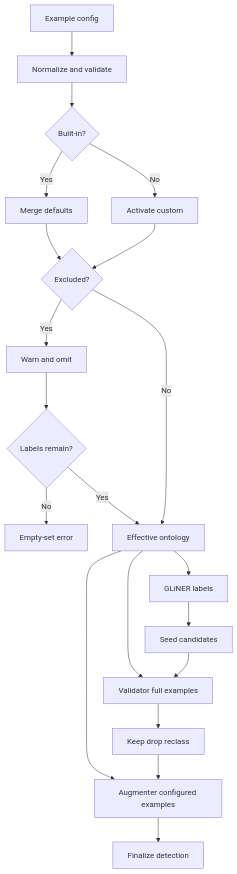
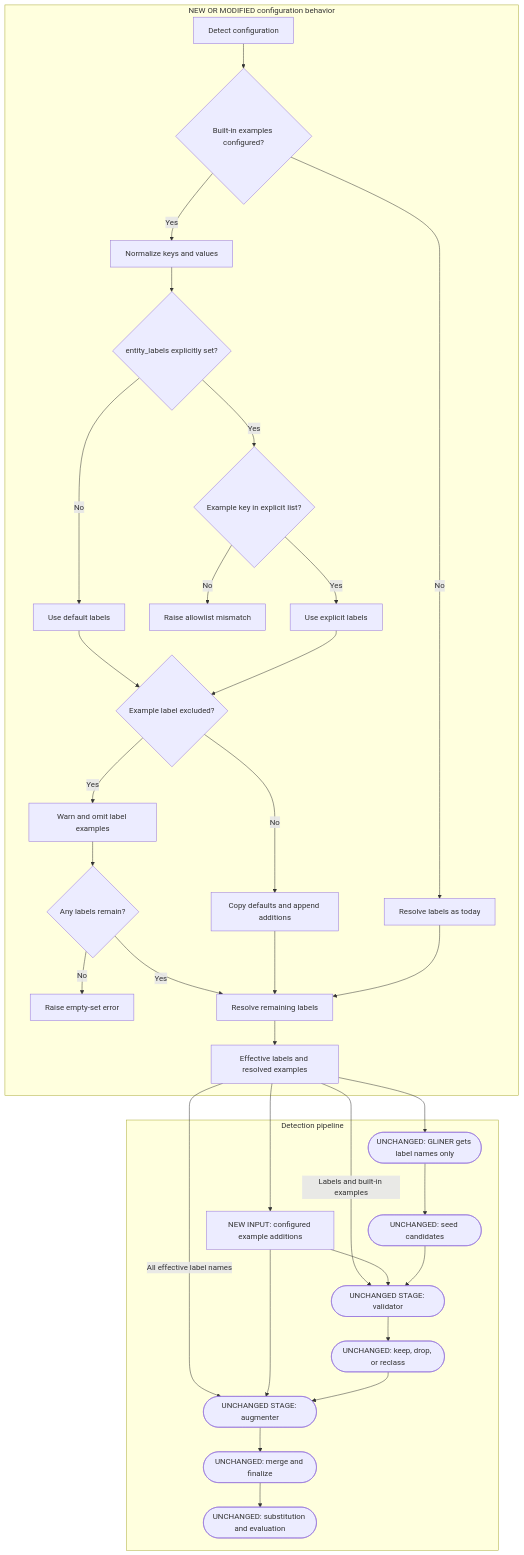
One commit to NVIDIA-NeMo/Anonymizer changed the first of 2 diagrams in plans/259-add-entity-label-examples.md. Above: the diagram before and after it, drawn with Mermaid. The commit also changed other lines of this file, not shown here.

Commit message:
update flowchart

````diff
--- a/plans/259-add-entity-label-examples.md
+++ b/plans/259-add-entity-label-examples.md
@@ -127,22 +70,38 @@
 ```mermaid
 flowchart TB
-    Config["Example config"] --> Normalize["Normalize and validate"]
-    Normalize --> KeyType{"Built-in?"}
-    KeyType -->|"Yes"| BuiltIn["Merge defaults"]
-    KeyType -->|"No"| Custom["Activate custom"]
-    BuiltIn --> Excluded{"Excluded?"}
-    Custom --> Excluded
-    Excluded -->|"Yes"| Ignore["Warn and omit"]
-    Ignore --> Remaining{"Labels remain?"}
-    Remaining -->|"No"| Error["Empty-set error"]
-    Remaining -->|"Yes"| Effective["Effective ontology"]
-    Excluded -->|"No"| Effective
-    Effective --> Gliner["GLiNER labels"]
-    Gliner --> Candidates["Seed candidates"]
-    Effective --> Validator["Validator full examples"]
-    Candidates --> Validator
-    Validator --> Decisions["Keep drop reclass"]
-    Effective --> Augmenter["Augmenter configured examples"]
-    Decisions --> Augmenter
-    Augmenter --> FinalDetection["Finalize detection"]
+    subgraph builtConfig [NEW OR MODIFIED configuration behavior]
+        BuiltStart["Detect configuration"] --> BuiltExamples{"Built-in examples configured?"}
+        BuiltExamples -->|"No"| BuiltCurrent["Resolve labels as today"]
+        BuiltExamples -->|"Yes"| BuiltNormalize["Normalize keys and values"]
+        BuiltNormalize --> BuiltExplicit{"entity_labels explicitly set?"}
+        BuiltExplicit -->|"No"| BuiltDefaults["Use default labels"]
+        BuiltExplicit -->|"Yes"| BuiltListed{"Example key in explicit list?"}
+        BuiltListed -->|"No"| BuiltMismatch["Raise allowlist mismatch"]
+        BuiltListed -->|"Yes"| BuiltSelected["Use explicit labels"]
+        BuiltDefaults --> BuiltExcluded{"Example label excluded?"}
+        BuiltSelected --> BuiltExcluded
+        BuiltExcluded -->|"Yes"| BuiltWarn["Warn and omit label examples"]
+        BuiltWarn --> BuiltRemaining{"Any labels remain?"}
+        BuiltRemaining -->|"No"| BuiltEmpty["Raise empty-set error"]
+        BuiltRemaining -->|"Yes"| BuiltResolve["Resolve remaining labels"]
+        BuiltExcluded -->|"No"| BuiltMerge["Copy defaults and append additions"]
+        BuiltMerge --> BuiltResolve
+        BuiltCurrent --> BuiltResolve
+        BuiltResolve --> BuiltOntology["Effective labels and resolved examples"]
+    end
+
+    subgraph builtPipeline [Detection pipeline]
+        BuiltOntology --> BuiltGliner(["UNCHANGED: GLiNER gets label names only"])
+        BuiltGliner --> BuiltCandidates(["UNCHANGED: seed candidates"])
+        BuiltOntology -->|"Labels and built-in examples"| BuiltValidator(["UNCHANGED STAGE: validator"])
+        BuiltOntology --> BuiltConfigured["NEW INPUT: configured example additions"]
+        BuiltConfigured --> BuiltValidator
+        BuiltCandidates --> BuiltValidator
+        BuiltValidator --> BuiltDecisions(["UNCHANGED: keep, drop, or reclass"])
+        BuiltOntology -->|"All effective label names"| BuiltAugmenter(["UNCHANGED STAGE: augmenter"])
+        BuiltConfigured --> BuiltAugmenter
+        BuiltDecisions --> BuiltAugmenter
+        BuiltAugmenter --> BuiltFinal(["UNCHANGED: merge and finalize"])
+        BuiltFinal --> BuiltDownstream(["UNCHANGED: substitution and evaluation"])
+    end
 ```
````
